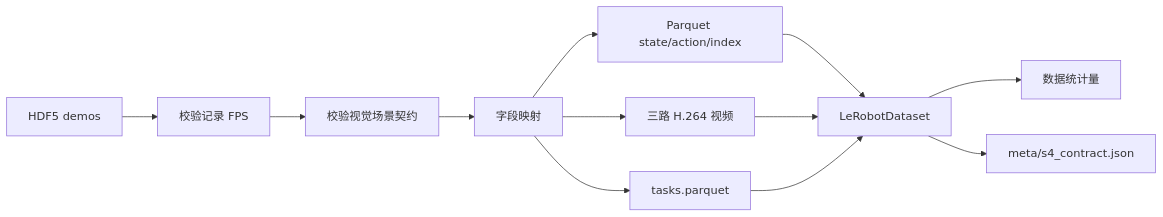
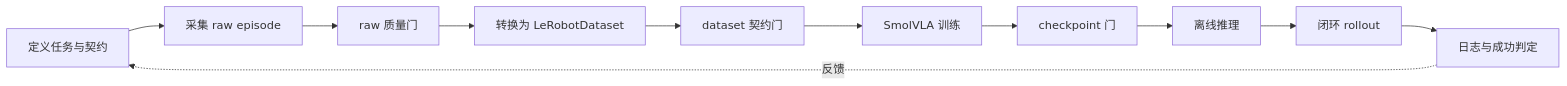
The first of 4 diagrams in s4_smolvla_isaaclab/docs/course/02-implementation.md (zfy-robot/qiling_smolVLA), drawn with Mermaid before and after one commit. The commit also changed other lines of this file and 31 other files, not shown here.

````diff
--- a/s4_smolvla_isaaclab/docs/course/02-implementation.md
+++ b/s4_smolvla_isaaclab/docs/course/02-implementation.md
@@ -502,14 +12,13 @@
 ```mermaid
 flowchart LR
-    H[HDF5 demos] --> V1[校验记录 FPS]
-    V1 --> V2[校验视觉场景契约]
-    V2 --> MAP[字段映射]
-    MAP --> P[Parquet state/action/index]
-    MAP --> MP4[三路 H.264 视频]
-    MAP --> TASK[tasks.parquet]
-    P --> DS[LeRobotDataset]
-    MP4 --> DS
-    TASK --> DS
-    DS --> STATS[数据统计量]
-    DS --> CONTRACT[meta/s4_contract.json]
+    T[定义任务与契约] --> C[采集 raw episode]
+    C --> Q1[raw 质量门]
+    Q1 --> X[转换为 LeRobotDataset]
+    X --> Q2[dataset 契约门]
+    Q2 --> R[SmolVLA 训练]
+    R --> Q3[checkpoint 门]
+    Q3 --> E[离线推理]
+    E --> O[闭环 rollout]
+    O --> D[日志与成功判定]
+    D -.反馈.-> T
 ```
````
